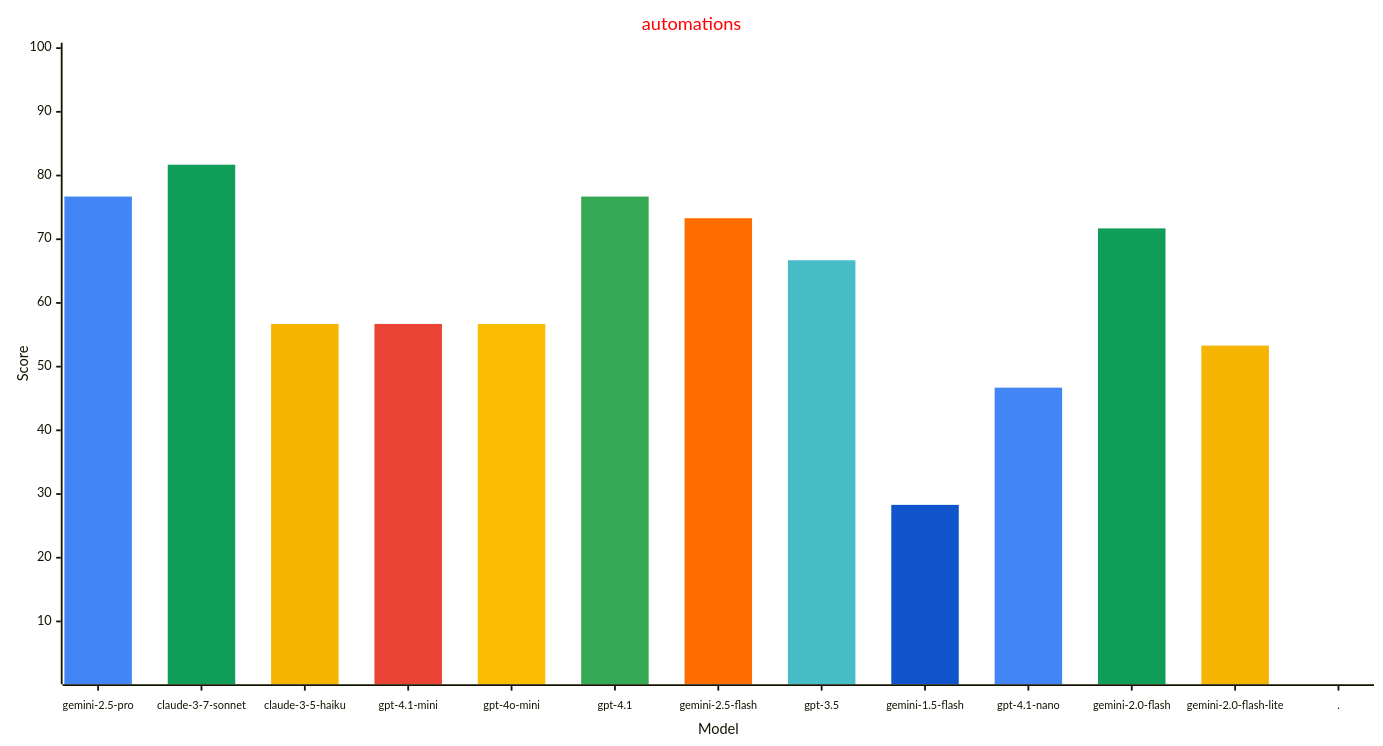
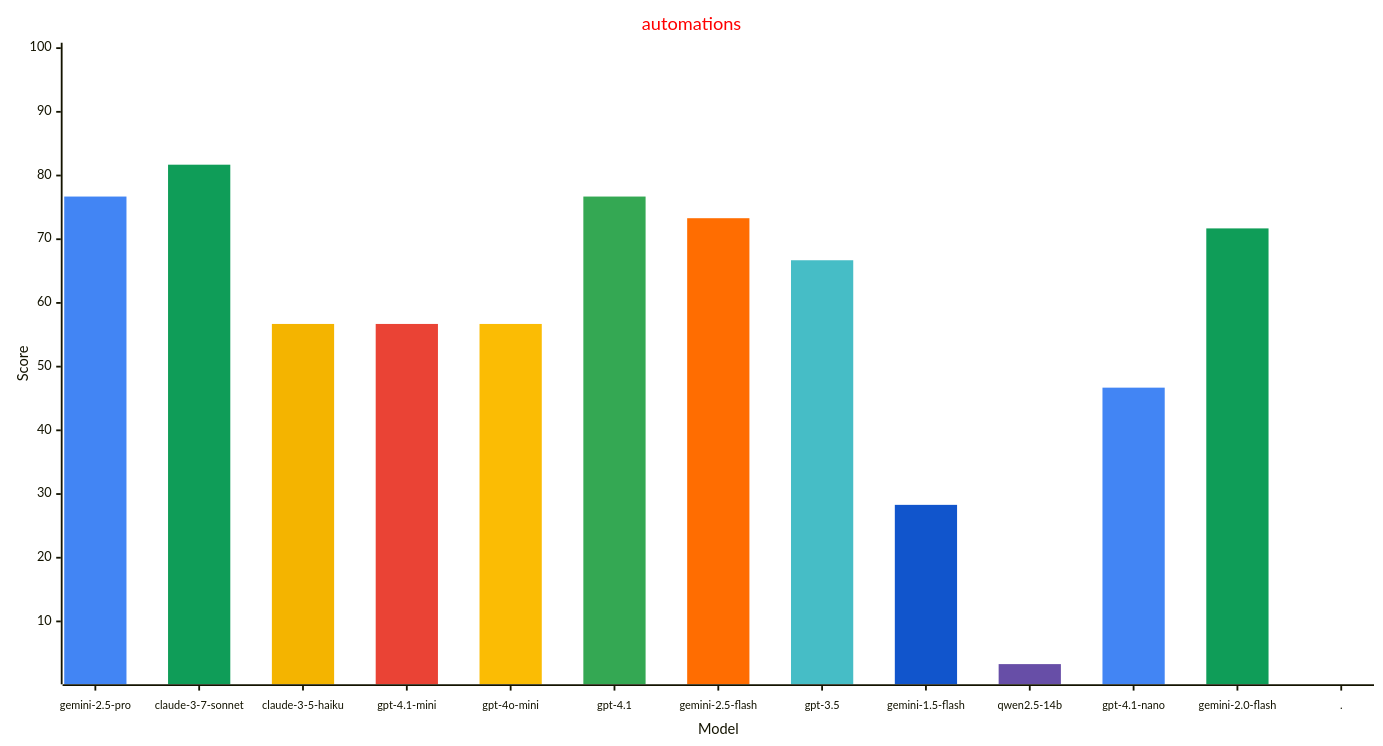
The fourth of 4 diagrams in reports/README.md (allenporter/home-assistant-datasets), drawn with Mermaid before and after one commit. The commit also changed other lines of this file and 134 other files, not shown here.

````diff
--- a/reports/README.md
+++ b/reports/README.md
@@ -207,33 +207,33 @@
 ```mermaid
 ---
 config:
     xyChart:
         width: 1500
         height: 800
         xAxis:
           labelFontSize: 12
           labelPadding: 8
     themeVariables:
         xyChart:
             titleColor: "#ff0000"
-            plotColorPalette: "#4285f4, #0f9d58, #f4b400, #ea4335, #fbbc04, #34a853, #ff6d01, #46bdc6, #1155cc, #4285f4, #0f9d58, #f4b400, #4285f4"
+            plotColorPalette: "#4285f4, #0f9d58, #f4b400, #ea4335, #fbbc04, #34a853, #ff6d01, #46bdc6, #1155cc, #674ea7, #4285f4, #0f9d58, #4285f4"
 
 ---
 xychart-beta
   title "automations"
-  x-axis "Model" [gemini-2.5-pro, claude-3-7-sonnet, claude-3-5-haiku, gpt-4.1-mini, gpt-4o-mini, gpt-4.1, gemini-2.5-flash, gpt-3.5, gemini-1.5-flash, gpt-4.1-nano, gemini-2.0-flash, gemini-2.0-flash-lite, .]
+  x-axis "Model" [gemini-2.5-pro, claude-3-7-sonnet, claude-3-5-haiku, gpt-4.1-mini, gpt-4o-mini, gpt-4.1, gemini-2.5-flash, gpt-3.5, gemini-1.5-flash, qwen2.5-14b, gpt-4.1-nano, gemini-2.0-flash, .]
   y-axis "Score" 1 --> 100
   bar [76.7, 0.0, 0.0, 0.0, 0.0, 0.0, 0.0, 0.0, 0.0, 0.0, 0.0, 0.0, 0.0]
   bar [0.0, 81.7, 0.0, 0.0, 0.0, 0.0, 0.0, 0.0, 0.0, 0.0, 0.0, 0.0, 0.0]
   bar [0.0, 0.0, 56.7, 0.0, 0.0, 0.0, 0.0, 0.0, 0.0, 0.0, 0.0, 0.0, 0.0]
   bar [0.0, 0.0, 0.0, 56.7, 0.0, 0.0, 0.0, 0.0, 0.0, 0.0, 0.0, 0.0, 0.0]
   bar [0.0, 0.0, 0.0, 0.0, 56.7, 0.0, 0.0, 0.0, 0.0, 0.0, 0.0, 0.0, 0.0]
   bar [0.0, 0.0, 0.0, 0.0, 0.0, 76.7, 0.0, 0.0, 0.0, 0.0, 0.0, 0.0, 0.0]
   bar [0.0, 0.0, 0.0, 0.0, 0.0, 0.0, 73.3, 0.0, 0.0, 0.0, 0.0, 0.0, 0.0]
   bar [0.0, 0.0, 0.0, 0.0, 0.0, 0.0, 0.0, 66.7, 0.0, 0.0, 0.0, 0.0, 0.0]
   bar [0.0, 0.0, 0.0, 0.0, 0.0, 0.0, 0.0, 0.0, 28.3, 0.0, 0.0, 0.0, 0.0]
-  bar [0.0, 0.0, 0.0, 0.0, 0.0, 0.0, 0.0, 0.0, 0.0, 46.7, 0.0, 0.0, 0.0]
-  bar [0.0, 0.0, 0.0, 0.0, 0.0, 0.0, 0.0, 0.0, 0.0, 0.0, 71.7, 0.0, 0.0]
-  bar [0.0, 0.0, 0.0, 0.0, 0.0, 0.0, 0.0, 0.0, 0.0, 0.0, 0.0, 53.3, 0.0]
+  bar [0.0, 0.0, 0.0, 0.0, 0.0, 0.0, 0.0, 0.0, 0.0, 3.3, 0.0, 0.0, 0.0]
+  bar [0.0, 0.0, 0.0, 0.0, 0.0, 0.0, 0.0, 0.0, 0.0, 0.0, 46.7, 0.0, 0.0]
+  bar [0.0, 0.0, 0.0, 0.0, 0.0, 0.0, 0.0, 0.0, 0.0, 0.0, 0.0, 71.7, 0.0]
   bar [0.0, 0.0, 0.0, 0.0, 0.0, 0.0, 0.0, 0.0, 0.0, 0.0, 0.0, 0.0, -1.0]
 ```
````
